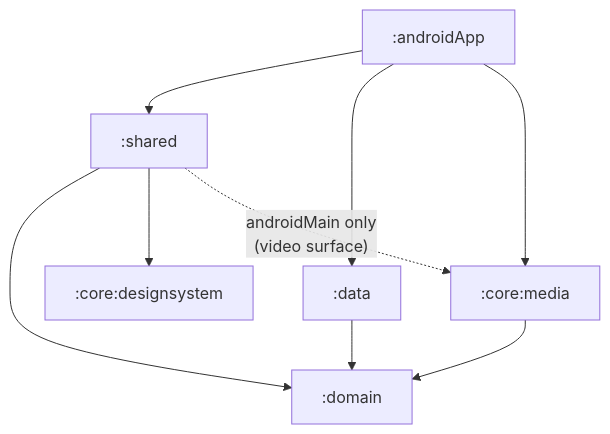
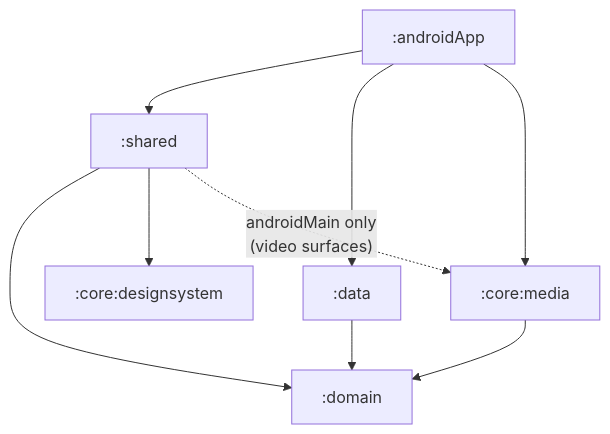
Before and after one commit to shafayatb/Streamly: the diagram in README.md, drawn with Mermaid. The commit also changed other lines of this file, not shown here.

````diff
--- a/README.md
+++ b/README.md
@@ -40,11 +42,11 @@
 ```mermaid
 graph TD
     app[":androidApp"] --> shared[":shared"]
     app --> data[":data"]
     app --> media[":core:media"]
     shared --> domain[":domain"]
     shared --> designsystem[":core:designsystem"]
-    shared -. "androidMain only<br/>(video surface)" .-> media
+    shared -. "androidMain only<br/>(video surfaces)" .-> media
     data --> domain
     media --> domain
 ```
````
